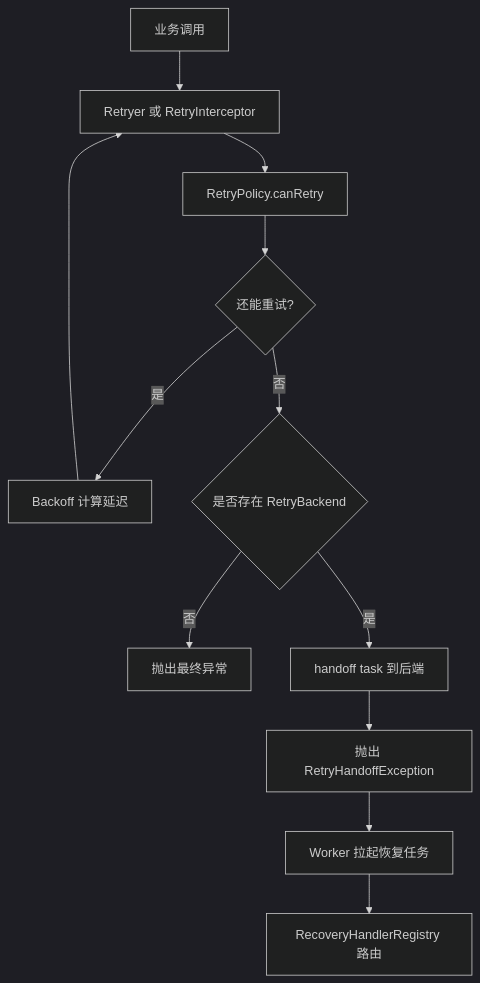
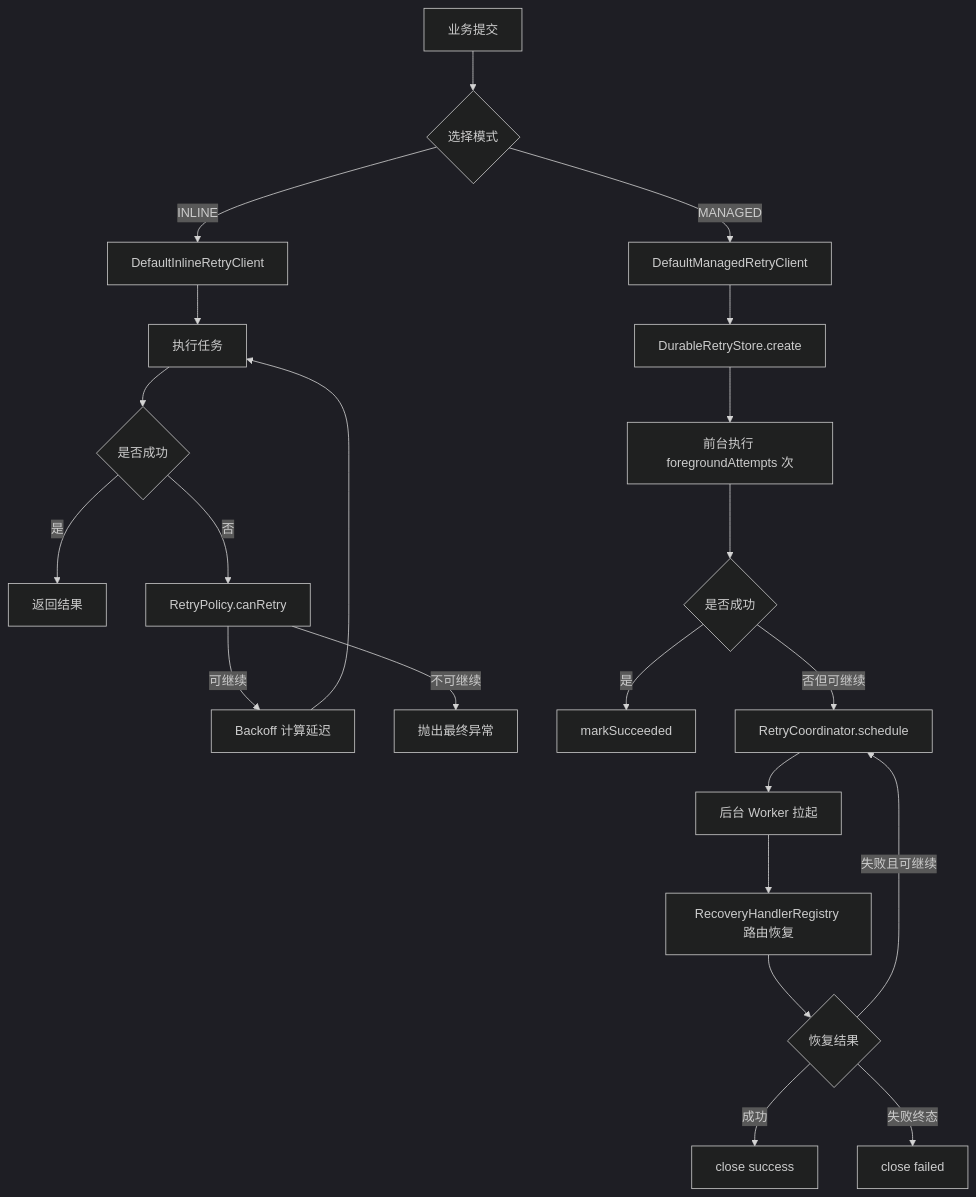
One commit to team4u/team4u-framework changed the diagram in team4u-retry/README.md. Above: the diagram before and after it, drawn with Mermaid (dark theme). The commit also changed other lines of this file, not shown here.

First line of the commit message:
docs(retry): 更新团队4u重试模块文档

````diff
--- a/team4u-retry/README.md
+++ b/team4u-retry/README.md
@@ -1093,14 +636,25 @@
 ```mermaid
 graph TD
-    A[业务调用] --> B[Retryer 或 RetryInterceptor]
-    B --> C[RetryPolicy.canRetry]
-    C --> D{还能重试?}
-    D -->|是| E[Backoff 计算延迟]
-    E --> B
-    D -->|否| F{是否存在 RetryBackend}
-    F -->|否| G[抛出最终异常]
-    F -->|是| H[handoff task 到后端]
-    H --> I[抛出 RetryHandoffException]
-    I --> J[Worker 拉起恢复任务]
-    J --> K[RecoveryHandlerRegistry 路由]
+  A[业务提交] --> B{选择模式}
+  B -->|INLINE| C[DefaultInlineRetryClient]
+  C --> D[执行任务]
+  D --> E{是否成功}
+  E -->|是| F[返回结果]
+  E -->|否| G[RetryPolicy.canRetry]
+  G -->|可继续| H[Backoff 计算延迟]
+  H --> D
+  G -->|不可继续| I[抛出最终异常]
+
+  B -->|MANAGED| J[DefaultManagedRetryClient]
+  J --> K[DurableRetryStore.create]
+  K --> L[前台执行 foregroundAttempts 次]
+  L --> M{是否成功}
+  M -->|是| N[markSucceeded]
+  M -->|否但可继续| O[RetryCoordinator.schedule]
+  O --> P[后台 Worker 拉起]
+  P --> Q[RecoveryHandlerRegistry 路由恢复]
+  Q --> R{恢复结果}
+  R -->|成功| S[close success]
+  R -->|失败且可继续| O
+  R -->|失败终态| T[close failed]
 ```
````
